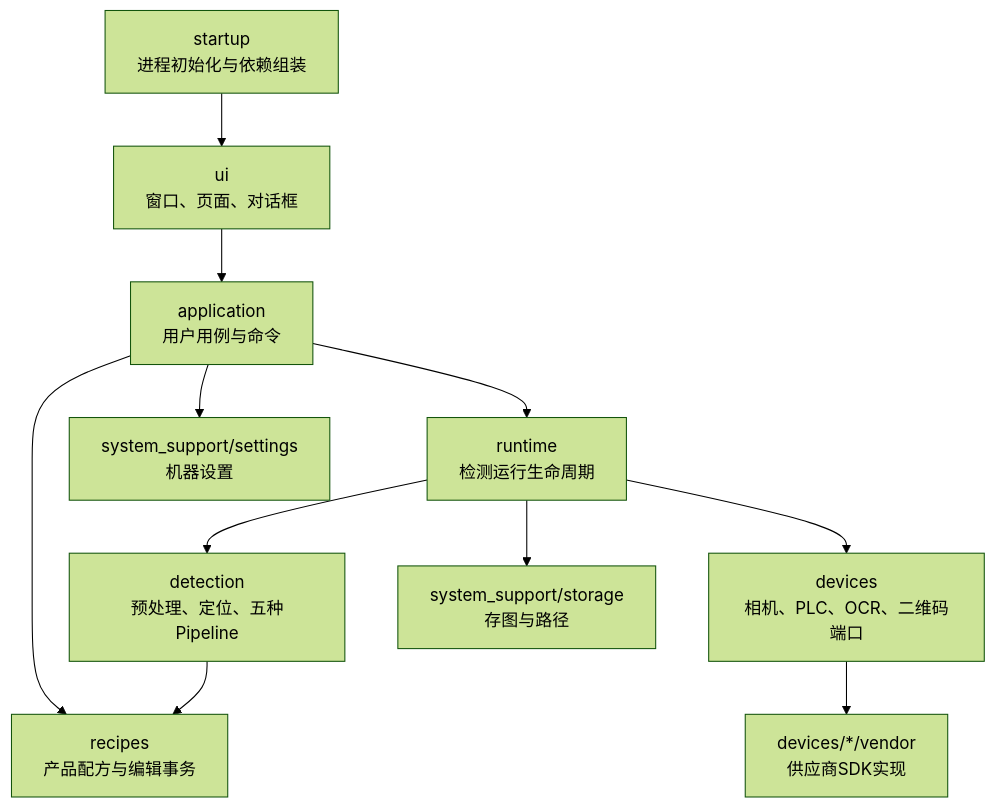
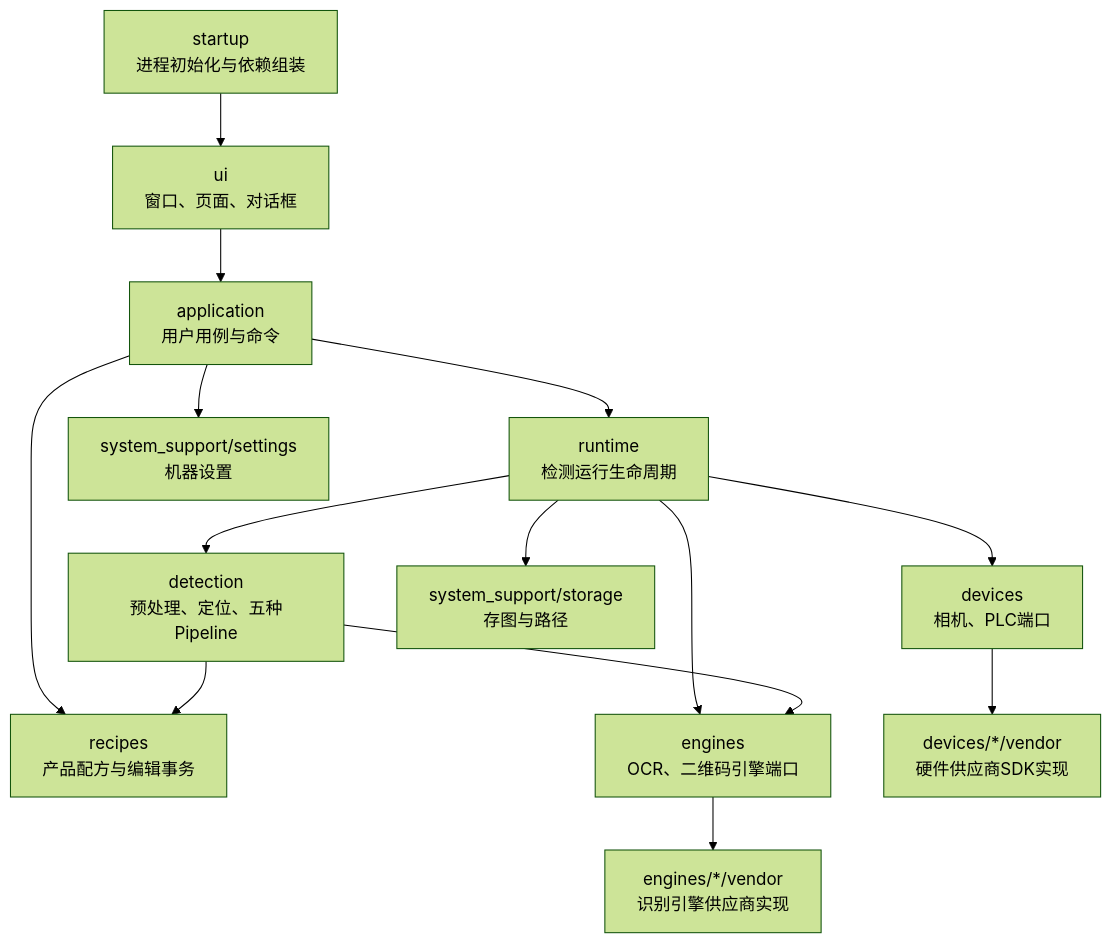
The diagram in docs/development/OCRGangYin新架构完全替换执行方案.md (GitHub3651/shenyinocr), drawn with Mermaid (forest theme) before and after one commit. The commit also changed other lines of this file and 44 other files, not shown here.

````diff
--- a/docs/development/OCRGangYin新架构完全替换执行方案.md
+++ b/docs/development/OCRGangYin新架构完全替换执行方案.md
@@ -89,16 +89,19 @@
 ```mermaid
 flowchart TD
     Startup["startup<br/>进程初始化与依赖组装"] --> UI["ui<br/>窗口、页面、对话框"]
     UI --> Application["application<br/>用户用例与命令"]
 
     Application --> Runtime["runtime<br/>检测运行生命周期"]
     Application --> Recipes["recipes<br/>产品配方与编辑事务"]
     Application --> Settings["system_support/settings<br/>机器设置"]
 
     Runtime --> Detection["detection<br/>预处理、定位、五种Pipeline"]
-    Runtime --> Devices["devices<br/>相机、PLC、OCR、二维码端口"]
+    Runtime --> Devices["devices<br/>相机、PLC端口"]
+    Runtime --> Engines["engines<br/>OCR、二维码引擎端口"]
     Runtime --> Storage["system_support/storage<br/>存图与路径"]
 
-    Devices --> Vendor["devices/*/vendor<br/>供应商SDK实现"]
+    Devices --> DeviceVendor["devices/*/vendor<br/>硬件供应商SDK实现"]
+    Engines --> EngineVendor["engines/*/vendor<br/>识别引擎供应商实现"]
+    Detection --> Engines
     Detection --> Recipes
 ```
````
